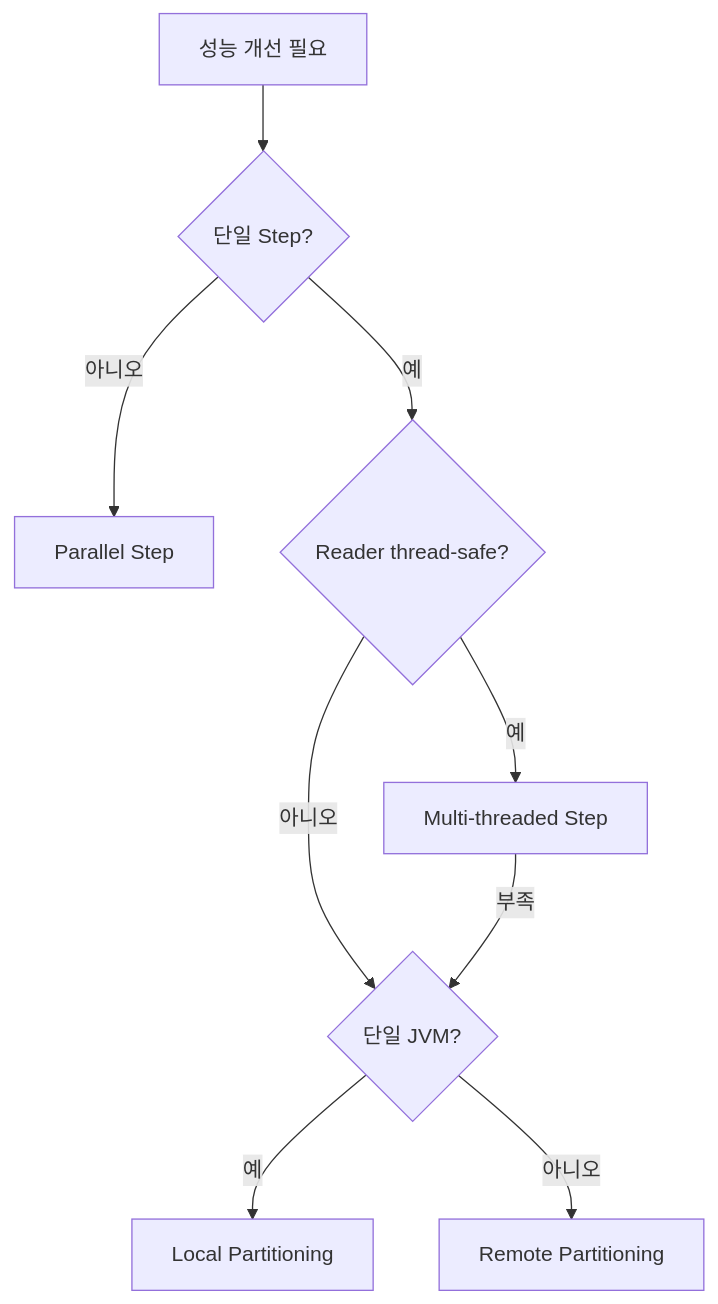
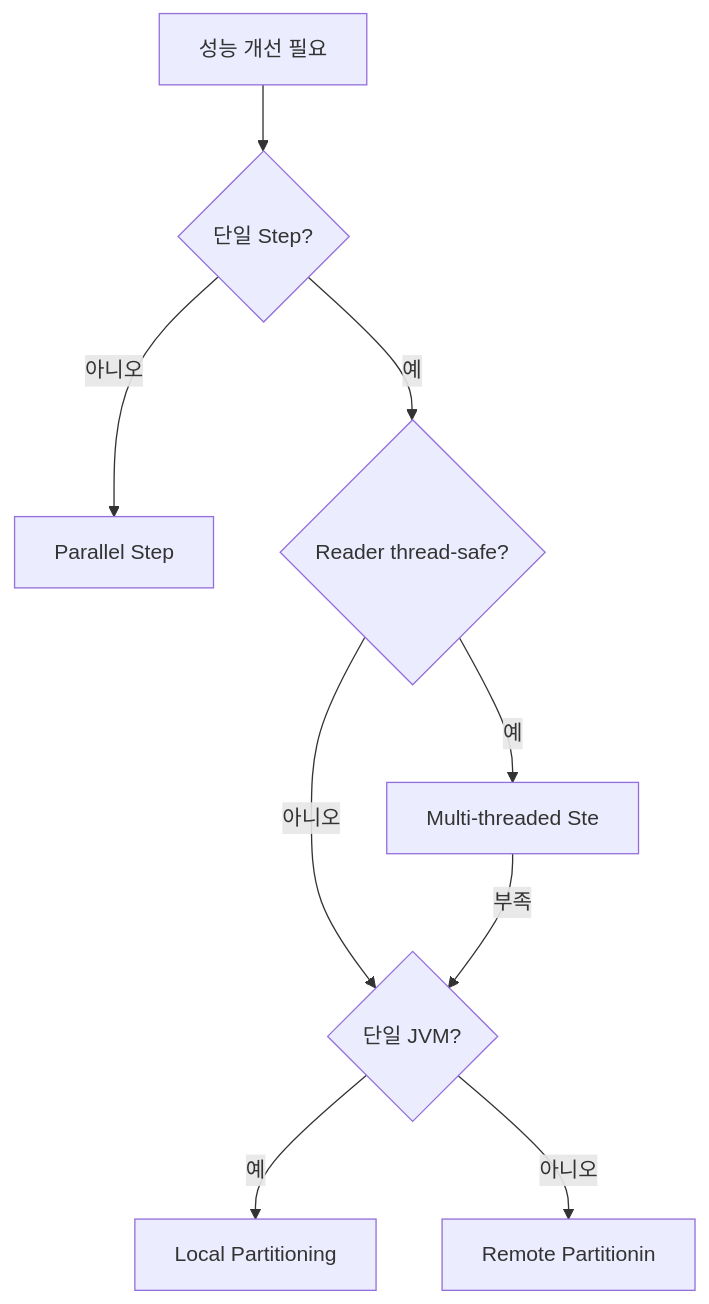
The sixth of 6 diagrams in _posts/batch/2026-05-03-spring-batch-partitioning.md (yjkim2015/yjkim2015.github.io), drawn with Mermaid before and after one commit. The commit also changed other lines of this file and 271 other files, not shown here.

First line of the commit message:
Mermaid 라벨 축소: 긴 노드 텍스트 18자 이하로 트림 + \n 제거

````diff
--- a/_posts/batch/2026-05-03-spring-batch-partitioning.md
+++ b/_posts/batch/2026-05-03-spring-batch-partitioning.md
@@ -620,11 +620,11 @@
 ```mermaid
 flowchart TD
     A["성능 개선 필요"] --> B{"단일 Step?"}
     B -->|"아니오"| F["Parallel Step"]
     B -->|"예"| C{"Reader thread-safe?"}
-    C -->|"예"| D["Multi-threaded Step"]
+    C -->|"예"| D["Multi-threaded Ste"]
     C -->|"아니오"| E{"단일 JVM?"}
     D -->|"부족"| E
     E -->|"예"| L["Local Partitioning"]
-    E -->|"아니오"| K["Remote Partitioning"]
+    E -->|"아니오"| K["Remote Partitionin"]
 ```
````
